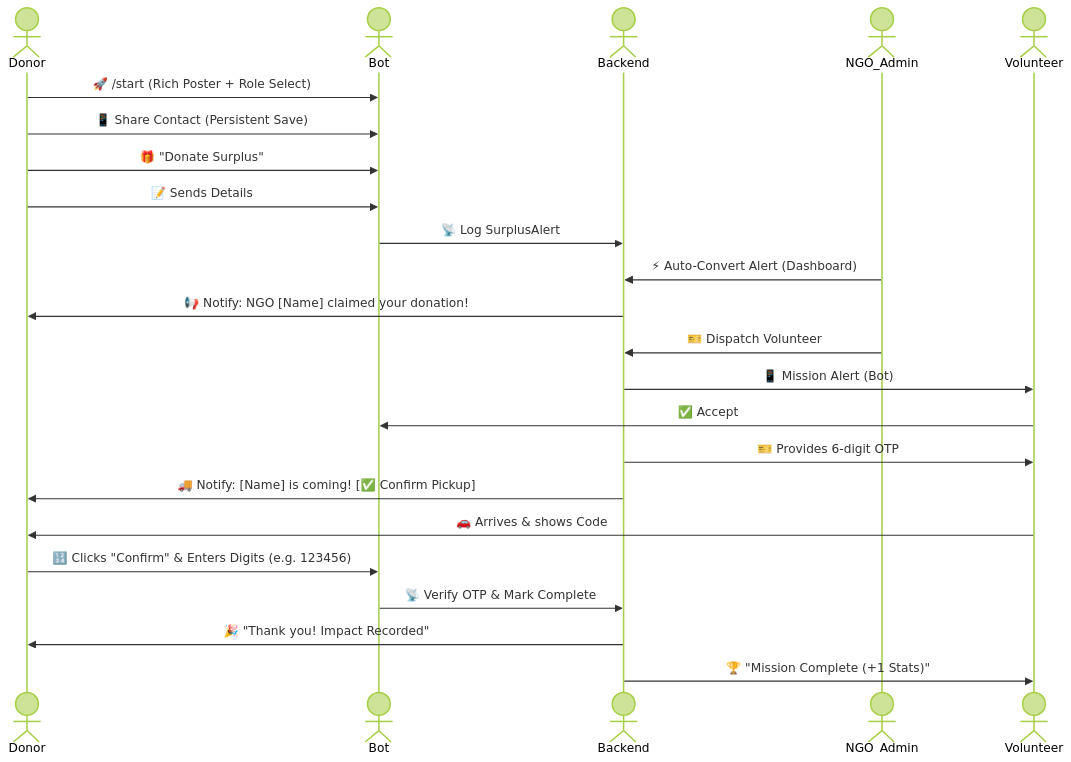
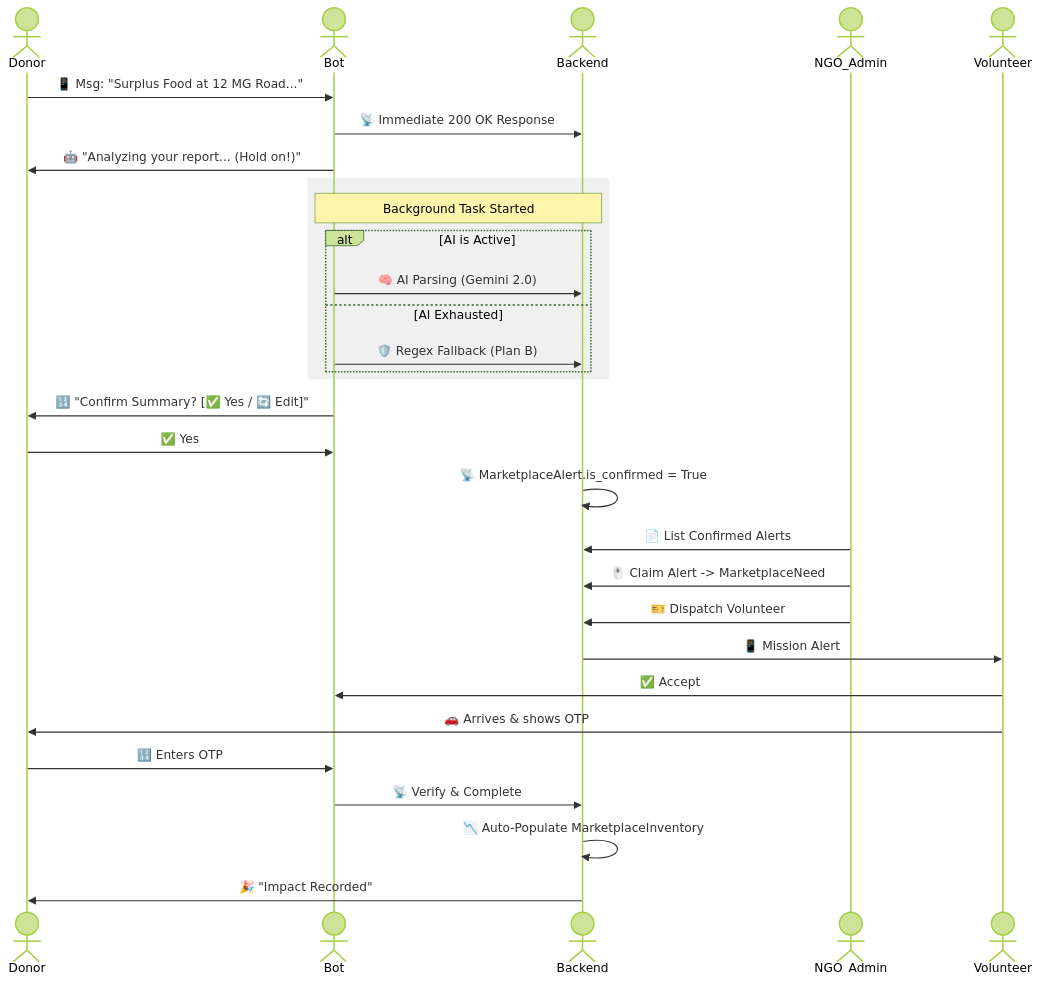
Before and after one commit to bibhav1108/backend: the first of 2 diagrams in docs/operational_workflows.md, drawn with Mermaid (forest theme). The commit also changed other lines of this file and 16 other files, not shown here.

Commit message:
feat: Sahyog Setu V2.0 - Dual-Engine Architecture & Stability Refactor. Implemented Marketplace Recovery Engine, NGO Mission Control, AI Confirmation Gate, and Background Task Orchestration.

````diff
--- a/docs/operational_workflows.md
+++ b/docs/operational_workflows.md
@@ -68,29 +11,38 @@
 ```mermaid
 sequenceDiagram
     actor Donor
     actor Bot
     actor Backend
     actor NGO_Admin
     actor Volunteer
 
-    Donor->>Bot: 🚀 /start (Rich Poster + Role Select)
-    Donor->>Bot: 📱 Share Contact (Persistent Save)
-    Donor->>Bot: 🎁 "Donate Surplus"
-    Donor->>Bot: 📝 Sends Details
-    Bot->>Backend: 📡 Log SurplusAlert
+    Donor->>Bot: 📱 Msg: "Surplus Food at 12 MG Road..."
+    Bot->>Backend: 📡 Immediate 200 OK Response
+    Bot->>Donor: 🤖 "Analyzing your report... (Hold on!)"
     
-    NGO_Admin->>Backend: ⚡ Auto-Convert Alert (Dashboard)
-    Backend->>Donor: 📢 Notify: NGO [Name] claimed your donation!
+    rect rgb(240, 240, 240)
+    Note over Bot, Backend: Background Task Started
+    alt AI is Active
+        Bot->>Backend: 🧠 AI Parsing (Gemini 2.0)
+    else AI Exhausted
+        Bot->>Backend: 🛡️ Regex Fallback (Plan B)
+    end
+    end
+
+    Bot->>Donor: 🔢 "Confirm Summary? [✅ Yes / 🔄 Edit]"
+    Donor->>Bot: ✅ Yes
+    Backend->>Backend: 📡 MarketplaceAlert.is_confirmed = True
+    
+    NGO_Admin->>Backend: 📄 List Confirmed Alerts
+    NGO_Admin->>Backend: 🖱️ Claim Alert -> MarketplaceNeed
     
     NGO_Admin->>Backend: 🎫 Dispatch Volunteer
-    Backend->>Volunteer: 📱 Mission Alert (Bot)
+    Backend->>Volunteer: 📱 Mission Alert
     Volunteer->>Bot: ✅ Accept
-    Backend->>Volunteer: 🎫 Provides 6-digit OTP
-    Backend->>Donor: 🚚 Notify: [Name] is coming! [✅ Confirm Pickup]
     
-    Volunteer->>Donor: 🚗 Arrives & shows Code
-    Donor->>Bot: 🔢 Clicks "Confirm" & Enters Digits (e.g. 123456)
-    Bot->>Backend: 📡 Verify OTP & Mark Complete
-    Backend->>Donor: 🎉 "Thank you! Impact Recorded"
-    Backend->>Volunteer: 🏆 "Mission Complete (+1 Stats)"
+    Volunteer->>Donor: 🚗 Arrives & shows OTP
+    Donor->>Bot: 🔢 Enters OTP
+    Bot->>Backend: 📡 Verify & Complete
+    Backend->>Backend: 📉 Auto-Populate MarketplaceInventory
+    Backend->>Donor: 🎉 "Impact Recorded"
 ```
````
